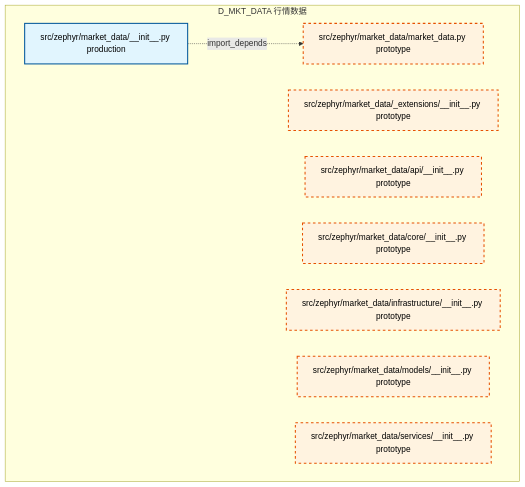
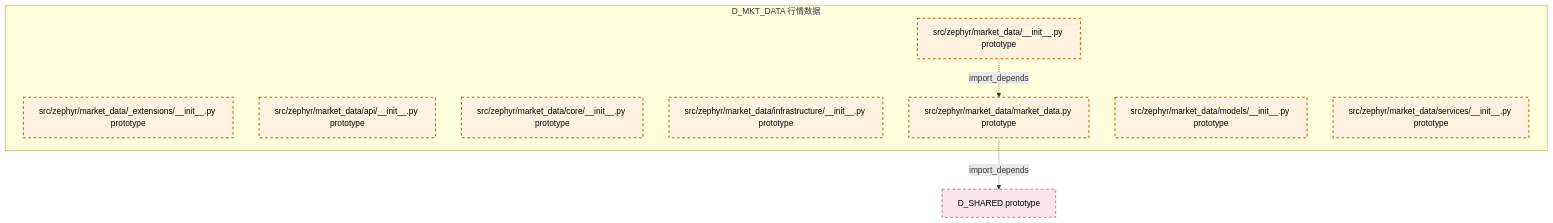
One commit to xuanFelixVan/ZephyrAlpha changed the diagram in docs/02_enterprise_architecture/02_domain_architecture_docs/15_d_mkt_data.md. Above: the diagram before and after it, drawn with Mermaid. The commit also changed other lines of this file and 105 other files, not shown here.

````diff
--- a/docs/02_enterprise_architecture/02_domain_architecture_docs/15_d_mkt_data.md
+++ b/docs/02_enterprise_architecture/02_domain_architecture_docs/15_d_mkt_data.md
@@ -47,20 +47,22 @@
 ```mermaid
 graph TD
     subgraph D_MKT_DATA["D_MKT_DATA 行情数据"]
-        src_zephyr_market_data_init_py["src/zephyr/market_data/__init__.py production"]
+        src_zephyr_market_data_init_py["src/zephyr/market_data/__init__.py prototype"]
         src_zephyr_market_data_extensions_init_py["src/zephyr/market_data/_extensions/__init__.py prototype"]
         src_zephyr_market_data_api_init_py["src/zephyr/market_data/api/__init__.py prototype"]
         src_zephyr_market_data_core_init_py["src/zephyr/market_data/core/__init__.py prototype"]
         src_zephyr_market_data_infrastructure_init_py["src/zephyr/market_data/infrastructure/__init__.py prototype"]
         src_zephyr_market_data_market_data_py["src/zephyr/market_data/market_data.py prototype"]
         src_zephyr_market_data_models_init_py["src/zephyr/market_data/models/__init__.py prototype"]
         src_zephyr_market_data_services_init_py["src/zephyr/market_data/services/__init__.py prototype"]
     end
     src_zephyr_market_data_init_py -.->|import_depends| src_zephyr_market_data_market_data_py
+    D_SHARED["D_SHARED prototype"]
+    src_zephyr_market_data_market_data_py -.->|import_depends| D_SHARED
     classDef production fill:#e1f5fe,stroke:#01579b,stroke-width:2px,color:#000
     classDef design fill:#fff3e0,stroke:#e65100,stroke-width:2px,color:#000,stroke-dasharray: 5 5
     classDef external_prod fill:#e8f5e9,stroke:#1b5e20,stroke-width:1px,color:#000
     classDef external_design fill:#fce4ec,stroke:#880e4f,stroke-width:1px,color:#000,stroke-dasharray: 5 5
-    class src_zephyr_market_data_init_py production
-    class src_zephyr_market_data_extensions_init_py,src_zephyr_market_data_api_init_py,src_zephyr_market_data_core_init_py,src_zephyr_market_data_infrastructure_init_py,src_zephyr_market_data_market_data_py,src_zephyr_market_data_models_init_py,src_zephyr_market_data_services_init_py design
+    class src_zephyr_market_data_init_py,src_zephyr_market_data_extensions_init_py,src_zephyr_market_data_api_init_py,src_zephyr_market_data_core_init_py,src_zephyr_market_data_infrastructure_init_py,src_zephyr_market_data_market_data_py,src_zephyr_market_data_models_init_py,src_zephyr_market_data_services_init_py design
+    class D_SHARED external_design
 ```
````
